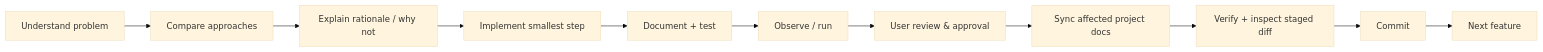
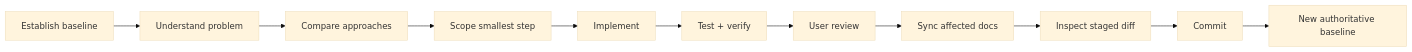
The sixth of 7 diagrams in docs/project/project-map.md (fa-ribeiro/vLab2D), drawn with Mermaid (base theme) before and after one commit. The commit also changed other lines of this file and 6 other files, not shown here.

Commit message:
docs(project): record architecture roadmap

````diff
--- a/docs/project/project-map.md
+++ b/docs/project/project-map.md
@@ -81,13 +142,13 @@
 ```mermaid
 flowchart LR
-    A[Understand problem] --> B[Compare approaches]
-    B --> C[Explain rationale / why not]
-    C --> D[Implement smallest step]
-    D --> E[Document + test]
-    E --> F[Observe / run]
-    F --> G[User review & approval]
-    G --> H[Sync affected project docs]
-    H --> I[Verify + inspect staged diff]
+    A[Establish baseline] --> B[Understand problem]
+    B --> C[Compare approaches]
+    C --> D[Scope smallest step]
+    D --> E[Implement]
+    E --> F[Test + verify]
+    F --> G[User review]
+    G --> H[Sync affected docs]
+    H --> I[Inspect staged diff]
     I --> J[Commit]
-    J --> K[Next feature]
+    J --> K[New authoritative baseline]
 ```
````
